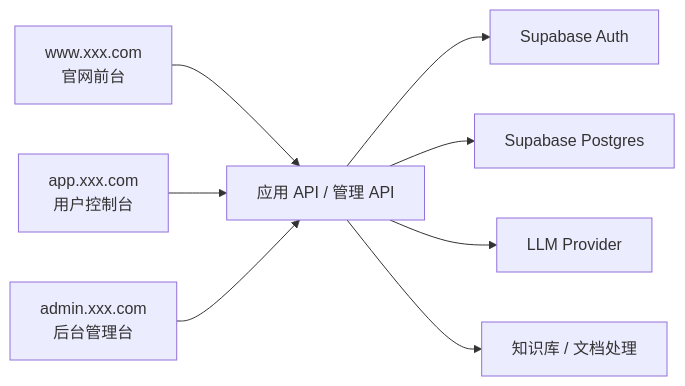
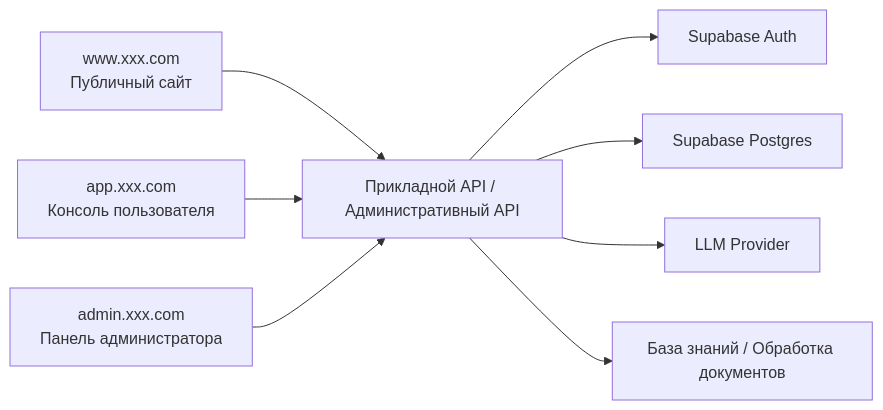
The first of 2 diagrams in docs/ru-ru/stage-2/assignments/custom-dify-agent-platform/PRD.md (Libertad-Harbour-LLC/study_vibe), drawn with Mermaid before and after one commit. The commit also changed other lines of this file and 14 other files, not shown here.

````diff
--- a/docs/ru-ru/stage-2/assignments/custom-dify-agent-platform/PRD.md
+++ b/docs/ru-ru/stage-2/assignments/custom-dify-agent-platform/PRD.md
@@ -21,10 +21,10 @@
 ```mermaid
 flowchart LR
-  WWW["www.xxx.com<br/>官网前台"] --> API["应用 API / 管理 API"]
-  APP["app.xxx.com<br/>用户控制台"] --> API
-  ADMIN["admin.xxx.com<br/>后台管理台"] --> API
+  WWW["www.xxx.com<br/>Публичный сайт"] --> API["Прикладной API / Административный API"]
+  APP["app.xxx.com<br/>Консоль пользователя"] --> API
+  ADMIN["admin.xxx.com<br/>Панель администратора"] --> API
   API --> AUTH["Supabase Auth"]
   API --> DB["Supabase Postgres"]
   API --> LLM["LLM Provider"]
-  API --> KB["知识库 / 文档处理"]
+  API --> KB["База знаний / Обработка документов"]
 ```
````
